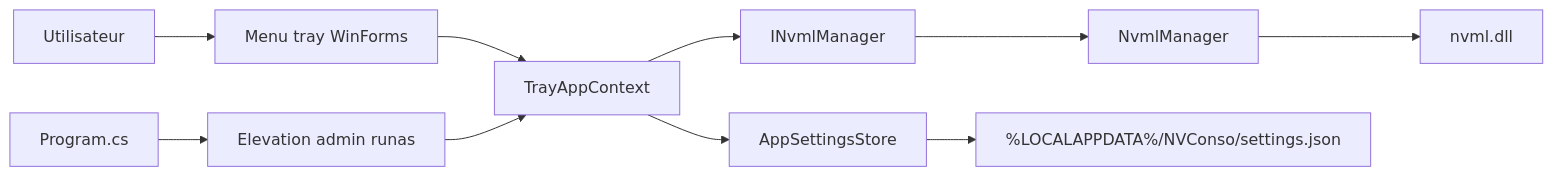
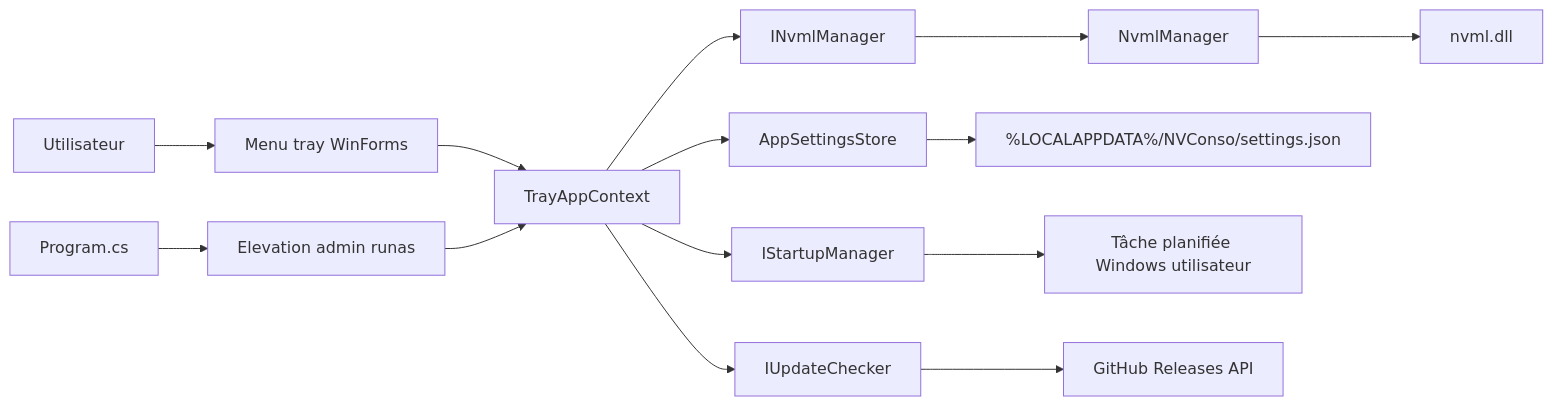
The diagram in README.md (arnaud-wissart-lab/NVConso), drawn with Mermaid before and after one commit. The commit also changed other lines of this file and 25 other files, not shown here.

````diff
--- a/README.md
+++ b/README.md
@@ -33,12 +35,16 @@
 ```mermaid
 flowchart LR
   A[Utilisateur] --> B[Menu tray WinForms]
   B --> C[TrayAppContext]
   C --> D[INvmlManager]
   D --> E[NvmlManager]
   E --> F[nvml.dll]
   C --> G[AppSettingsStore]
   G --> H[%LOCALAPPDATA%/NVConso/settings.json]
   I[Program.cs] --> J[Elevation admin runas]
   J --> C
+  C --> K[IStartupManager]
+  K --> L["Tâche planifiée Windows utilisateur"]
+  C --> M[IUpdateChecker]
+  M --> N[GitHub Releases API]
 ```
````
